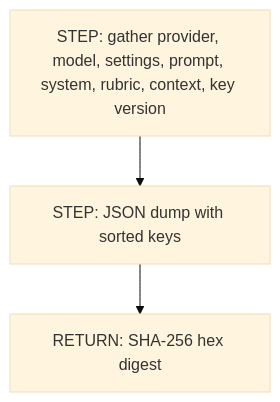
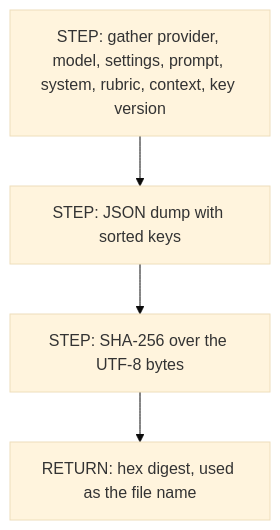
Before and after one commit to SushantTusharJoshi/llm-eval-kit: the diagram in docs/cards/cache-key.md, drawn with Mermaid (base theme). The commit also changed 14 other files, not shown here.

````diff
--- a/docs/cards/cache-key.md
+++ b/docs/cards/cache-key.md
@@ -17,5 +17,6 @@
 ```mermaid
 flowchart TD
     A[STEP: gather provider, model, settings, prompt, system, rubric, context, key version] --> B[STEP: JSON dump with sorted keys]
-    B --> C[RETURN: SHA-256 hex digest]
+    B --> C[STEP: SHA-256 over the UTF-8 bytes]
+    C --> D[RETURN: hex digest, used as the file name]
 ```
````
